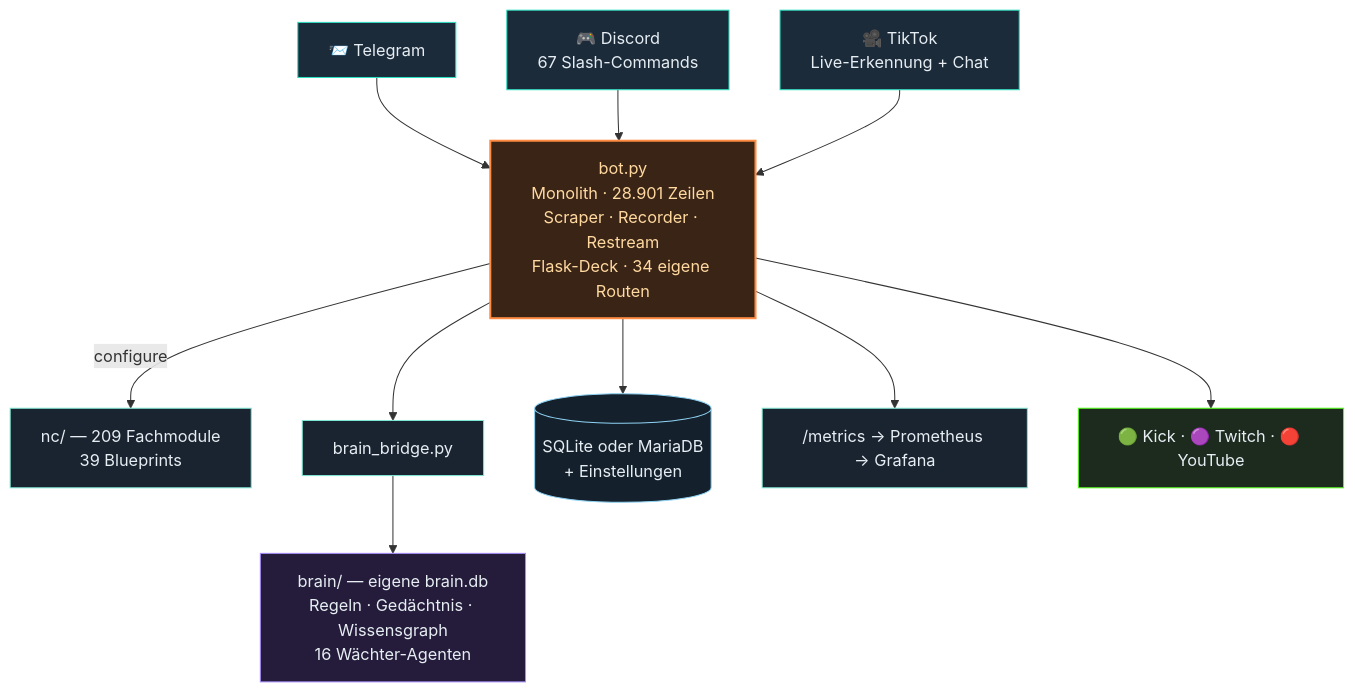
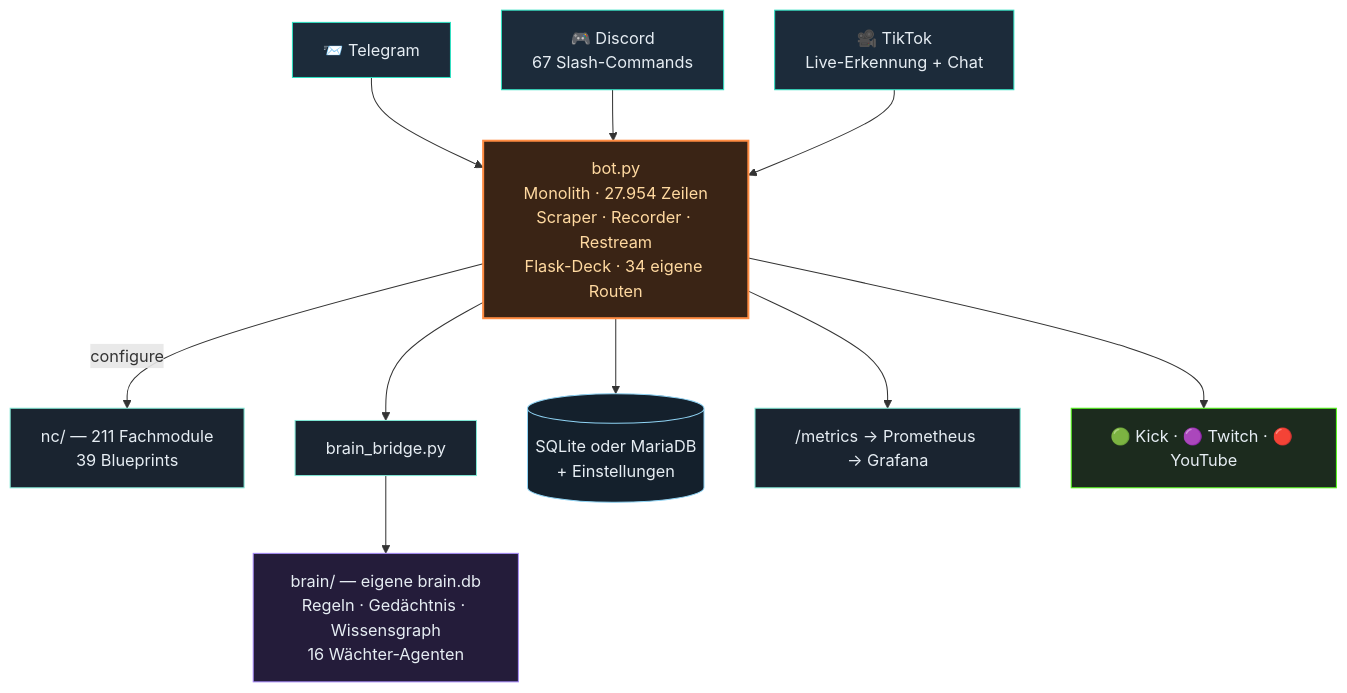
Before and after one commit to itsamemedev/Telegram-Stream-Info-Bot: the second of 3 diagrams in README.md, drawn with Mermaid. The commit also changed other lines of this file and 46 other files, not shown here.

````diff
--- a/README.md
+++ b/README.md
@@ -118,19 +118,19 @@
 ```mermaid
 flowchart TB
     TG["📨 Telegram"]:::ein --> BOT
     DC["🎮 Discord<br/>67 Slash-Commands"]:::ein --> BOT
     TT["🎥 TikTok<br/>Live-Erkennung + Chat"]:::ein --> BOT
-    BOT["bot.py<br/>Monolith · 28.901 Zeilen<br/>Scraper · Recorder · Restream<br/>Flask-Deck · 34 eigene Routen"]:::core
-    BOT -->|configure| NC["nc/ — 209 Fachmodule<br/>39 Blueprints"]:::lib
+    BOT["bot.py<br/>Monolith · 27.954 Zeilen<br/>Scraper · Recorder · Restream<br/>Flask-Deck · 34 eigene Routen"]:::core
+    BOT -->|configure| NC["nc/ — 211 Fachmodule<br/>39 Blueprints"]:::lib
     BOT --> BR["brain_bridge.py"]:::lib
     BR --> BRAIN["brain/ — eigene brain.db<br/>Regeln · Gedächtnis · Wissensgraph<br/>16 Wächter-Agenten"]:::brain
     BOT --> DB[("SQLite oder MariaDB<br/>+ Einstellungen")]:::db
     BOT --> PROM["/metrics → Prometheus → Grafana"]:::lib
     BOT --> OUT["🟢 Kick · 🟣 Twitch · 🔴 YouTube"]:::out
     classDef ein fill:#1c2b3a,stroke:#2de1c2,color:#e6edf3
     classDef core fill:#3a2415,stroke:#ff8c42,stroke-width:2px,color:#ffd9a0
     classDef lib fill:#1a2430,stroke:#7fe7d4,color:#e6edf3
     classDef brain fill:#241c3a,stroke:#a78bfa,color:#e6edf3
     classDef db fill:#14202c,stroke:#8fd3f4,color:#e6edf3
     classDef out fill:#1c2b1e,stroke:#53fc18,color:#e6edf3
 ```
````
